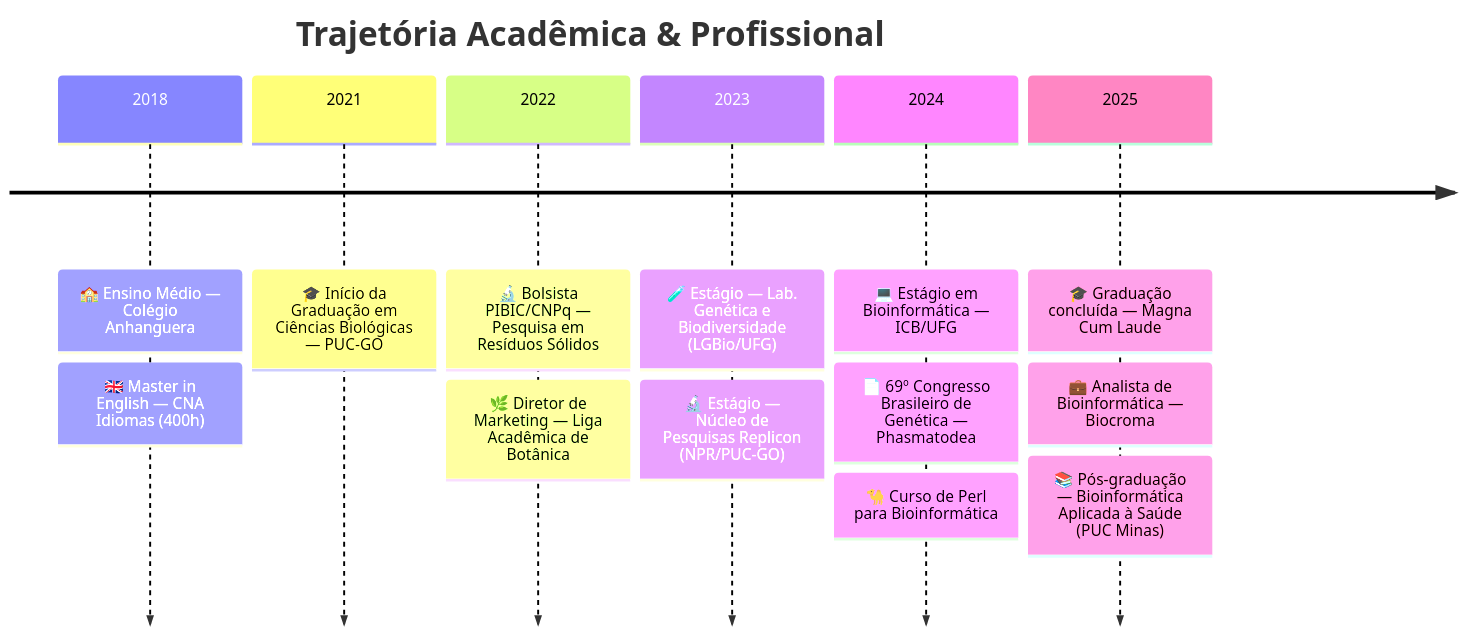
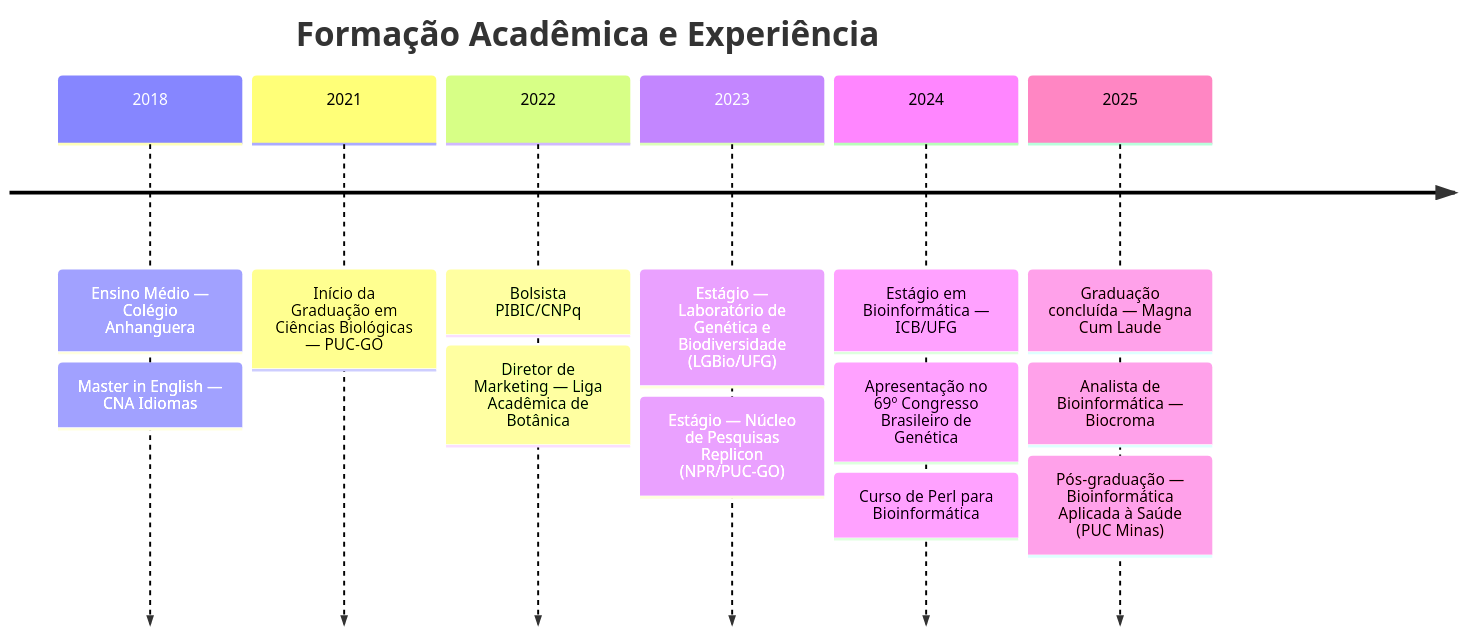
Before and after one commit to daviddfsantos/daviddfsantos: the diagram in README.md, drawn with Mermaid. The commit also changed other lines of this file, not shown here.

`````diff
--- a/README.md
+++ b/README.md
@@ -84,17 +86,17 @@
 ```mermaid
 timeline
-    title Trajetória Acadêmica & Profissional
-    2018 : 🏫 Ensino Médio — Colégio Anhanguera
-         : 🇬🇧 Master in English — CNA Idiomas (400h)
-    2021 : 🎓 Início da Graduação em Ciências Biológicas — PUC-GO
-    2022 : 🔬 Bolsista PIBIC/CNPq — Pesquisa em Resíduos Sólidos
-         : 🌿 Diretor de Marketing — Liga Acadêmica de Botânica
-    2023 : 🧪 Estágio — Lab. Genética e Biodiversidade (LGBio/UFG)
-         : 🔬 Estágio — Núcleo de Pesquisas Replicon (NPR/PUC-GO)
-    2024 : 💻 Estágio em Bioinformática — ICB/UFG
-         : 📄 69º Congresso Brasileiro de Genética — Phasmatodea
-         : 🐪 Curso de Perl para Bioinformática
-    2025 : 🎓 Graduação concluída — Magna Cum Laude
-         : 💼 Analista de Bioinformática — Biocroma
-         : 📚 Pós-graduação — Bioinformática Aplicada à Saúde (PUC Minas)
-```
+    title Formação Acadêmica e Experiência
+    2018 : Ensino Médio — Colégio Anhanguera
+         : Master in English — CNA Idiomas
+    2021 : Início da Graduação em Ciências Biológicas — PUC-GO
+    2022 : Bolsista PIBIC/CNPq
+         : Diretor de Marketing — Liga Acadêmica de Botânica
+    2023 : Estágio — Laboratório de Genética e Biodiversidade (LGBio/UFG)
+         : Estágio — Núcleo de Pesquisas Replicon (NPR/PUC-GO)
+    2024 : Estágio em Bioinformática — ICB/UFG
+         : Apresentação no 69º Congresso Brasileiro de Genética
+         : Curso de Perl para Bioinformática
+    2025 : Graduação concluída — Magna Cum Laude
+         : Analista de Bioinformática — Biocroma
+         : Pós-graduação — Bioinformática Aplicada à Saúde (PUC Minas)
+````
`````
